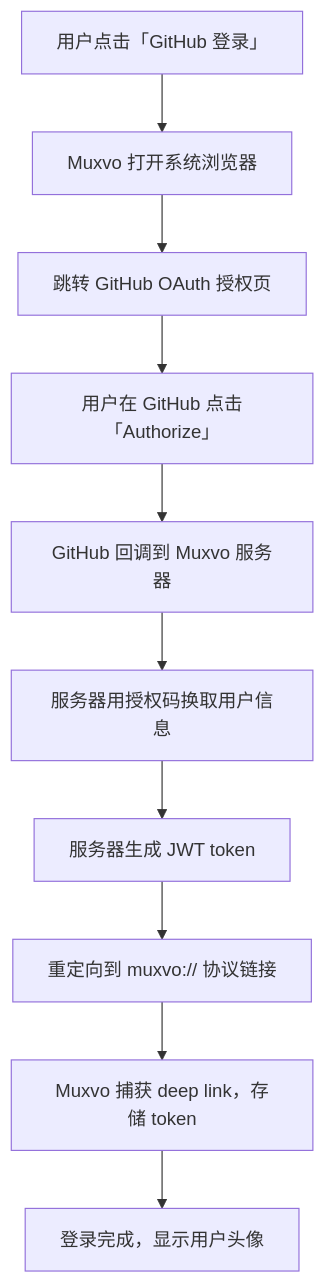
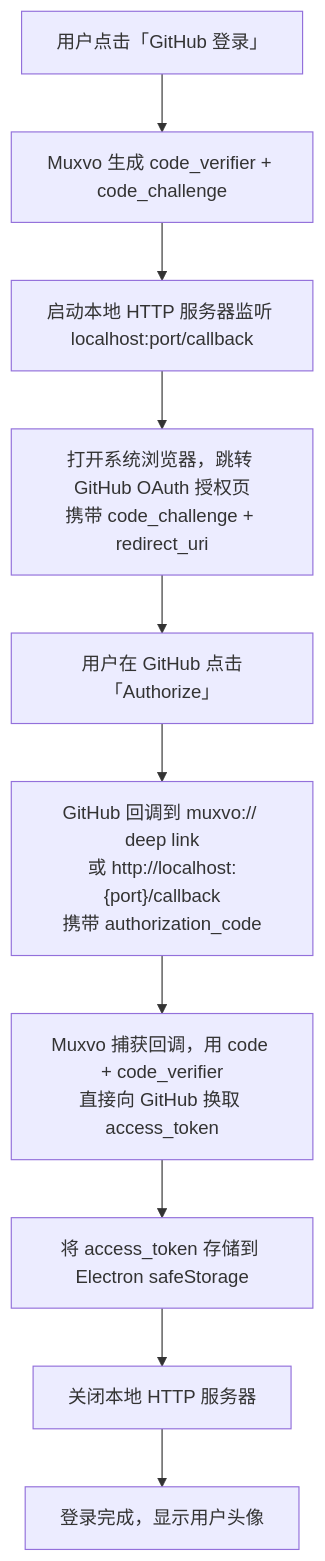
The eighth of 28 diagrams in PRD.md (muxvo/muxvo), drawn with Mermaid before and after one commit. The commit also changed other lines of this file, not shown here.

````diff
--- a/PRD.md
+++ b/PRD.md
@@ -487,12 +483,12 @@
 ```mermaid
 flowchart TD
-    A[用户点击「GitHub 登录」] --> B[Muxvo 打开系统浏览器]
-    B --> C[跳转 GitHub OAuth 授权页]
-    C --> D[用户在 GitHub 点击「Authorize」]
-    D --> E[GitHub 回调到 Muxvo 服务器]
-    E --> F[服务器用授权码换取用户信息]
-    F --> G[服务器生成 JWT token]
-    G --> H[重定向到 muxvo:// 协议链接]
-    H --> I[Muxvo 捕获 deep link，存储 token]
+    A[用户点击「GitHub 登录」] --> B[Muxvo 生成 code_verifier + code_challenge]
+    B --> C[启动本地 HTTP 服务器监听 localhost:port/callback]
+    C --> D[打开系统浏览器，跳转 GitHub OAuth 授权页\n携带 code_challenge + redirect_uri]
+    D --> E[用户在 GitHub 点击「Authorize」]
+    E --> F["GitHub 回调到 muxvo:// deep link\n或 http://localhost:{port}/callback\n携带 authorization_code"]
+    F --> G[Muxvo 捕获回调，用 code + code_verifier\n直接向 GitHub 换取 access_token]
+    G --> H[将 access_token 存储到 Electron safeStorage]
+    H --> I[关闭本地 HTTP 服务器]
     I --> J[登录完成，显示用户头像]
 ```
````
